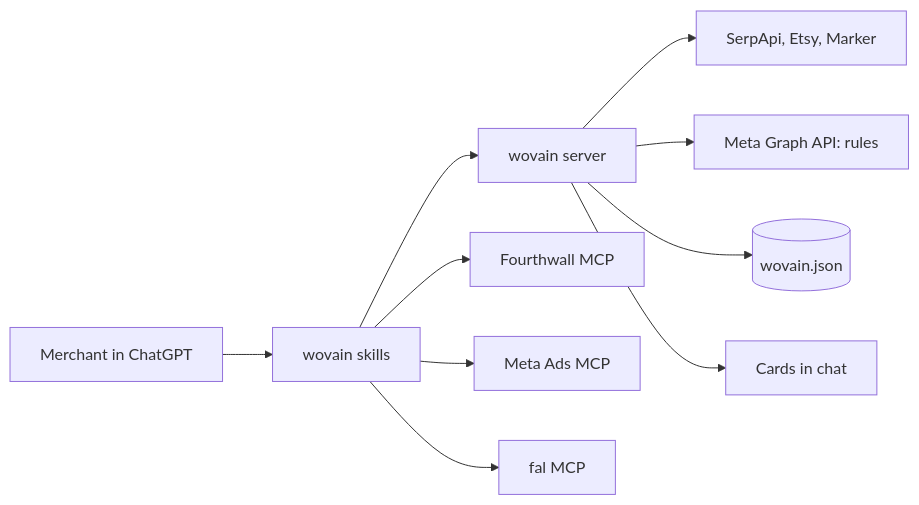
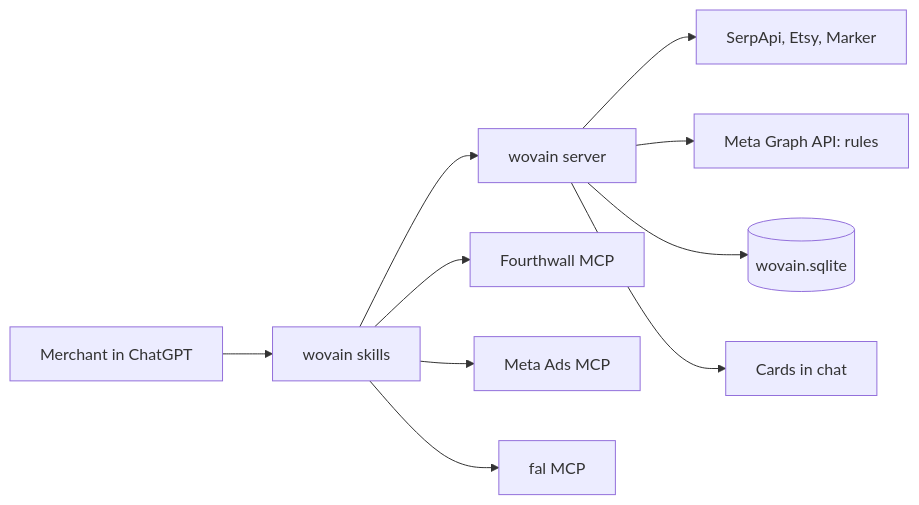
Before and after one commit to sami-m-g/wovain: the diagram in devpost/spec.md, drawn with Mermaid. The commit also changed other lines of this file and 38 other files, not shown here.

````diff
--- a/devpost/spec.md
+++ b/devpost/spec.md
@@ -37,12 +37,12 @@
 ```mermaid
 flowchart LR
   U[Merchant in ChatGPT] --> S[wovain skills]
   S --> W[wovain server]
   S --> FW[Fourthwall MCP]
   S --> MA[Meta Ads MCP]
   S --> FAL[fal MCP]
   W --> SA[SerpApi, Etsy, Marker]
   W --> G[Meta Graph API: rules]
-  W --> J[(wovain.json)]
+  W --> J[(wovain.sqlite)]
   W --> C[Cards in chat]
 ```
````
